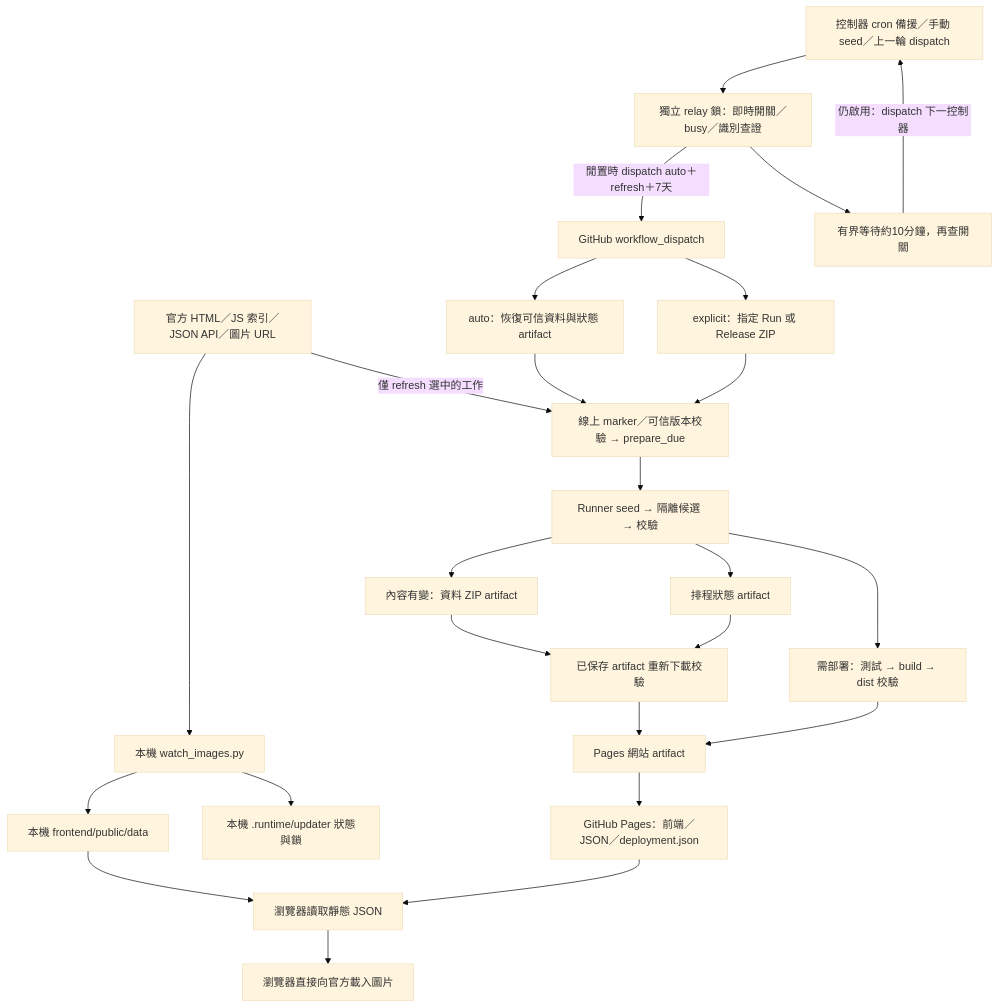
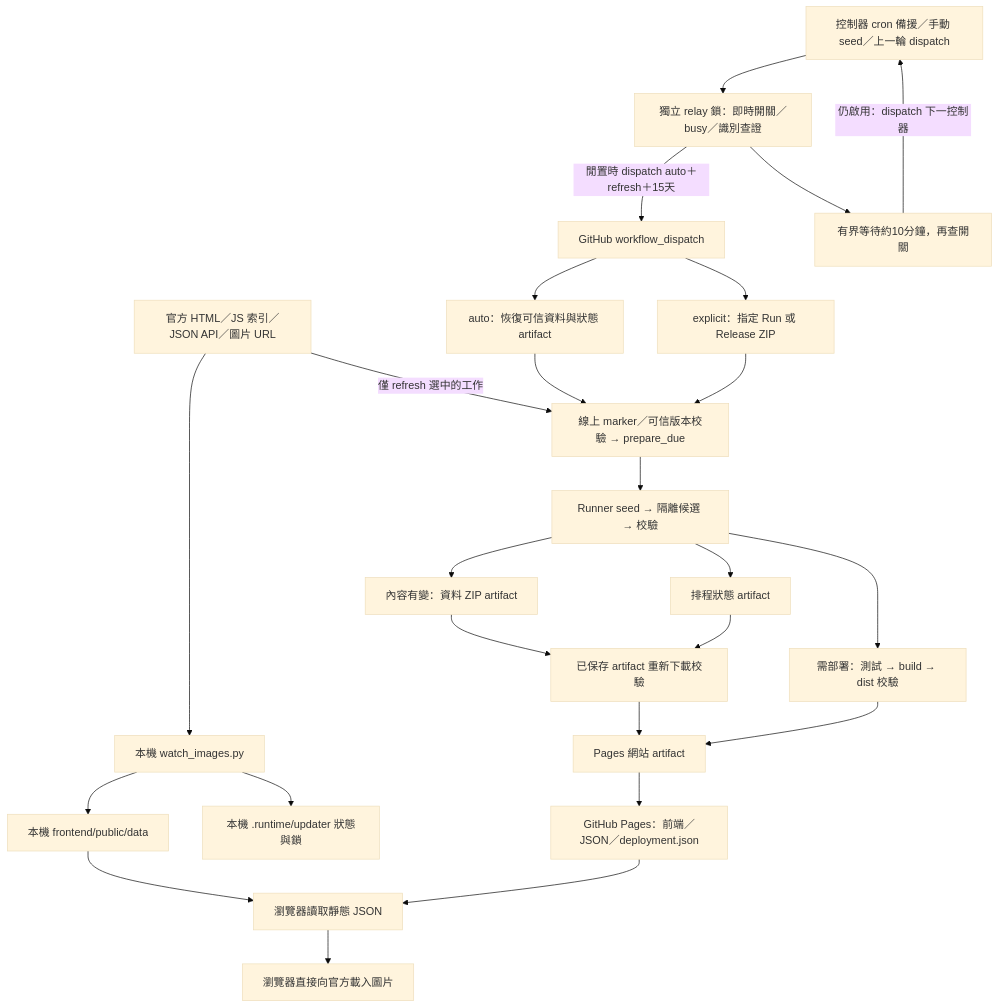
Before and after one commit to 22cthss-lgtm/Weather_Integration_Static: the diagram in docs/data-flow.md, drawn with Mermaid (base theme). The commit also changed other lines of this file and 19 other files, not shown here.

````diff
--- a/docs/data-flow.md
+++ b/docs/data-flow.md
@@ -15,48 +15,48 @@
 ```mermaid
 flowchart TD
     S[官方 HTML／JS 索引／JSON API／圖片 URL]
     L[本機 watch_images.py]
     P[本機 frontend/public/data]
     LS[本機 .runtime/updater 狀態與鎖]
     J[GitHub workflow_dispatch]
     A[auto：恢復可信資料與狀態 artifact]
     E[explicit：指定 Run 或 Release ZIP]
     D[線上 marker／可信版本校驗 → prepare_due]
     C[Runner seed → 隔離候選 → 校驗]
     Z[內容有變：資料 ZIP artifact]
     ST[排程狀態 artifact]
     B[需部署：測試 → build → dist 校驗]
     V[已保存 artifact 重新下載校驗]
     PA[Pages 網站 artifact]
     PG[GitHub Pages：前端／JSON／deployment.json]
     BR[瀏覽器讀取靜態 JSON]
     IMG[瀏覽器直接向官方載入圖片]
     Q[控制器 cron 備援／手動 seed／上一輪 dispatch]
     RC[獨立 relay 鎖：即時開關／busy／識別查證]
     RW[有界等待約10分鐘，再查開關]
 
     S --> L
     L --> P
     L --> LS
     P --> BR
     J --> A
     J --> E
     A --> D
     E --> D
     S -->|僅 refresh 選中的工作| D
     D --> C
     C --> Z
     C --> ST
     C --> B
     Z --> V
     ST --> V
     B --> PA
     V --> PA
     PA --> PG
     PG --> BR
     BR --> IMG
     Q --> RC
-    RC -->|閒置時 dispatch auto＋refresh＋7天| J
+    RC -->|閒置時 dispatch auto＋refresh＋15天| J
     RC --> RW
     RW -->|仍啟用：dispatch 下一控制器| Q
 ```
````
